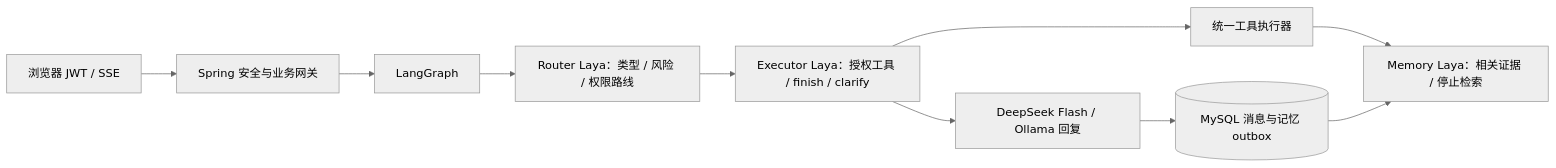
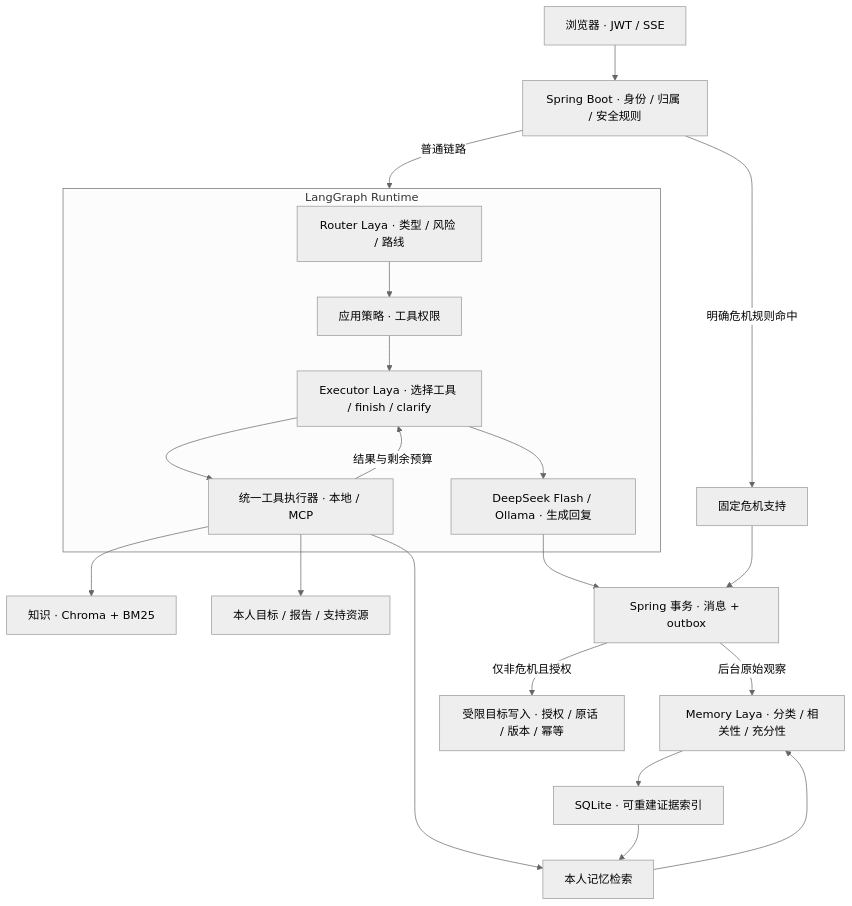
One commit to Vaniloo/psych-agent-engineering changed the diagram in README.md. Above: the diagram before and after it, drawn with Mermaid (neutral theme). The commit also changed other lines of this file and 3 other files, not shown here.

Commit message:
Rewrite README for the trained three-role Laya agent architecture

````diff
--- a/README.md
+++ b/README.md
@@ -5,12 +20,25 @@
 ```mermaid
-flowchart LR
-    U[浏览器 JWT / SSE] --> J[Spring 安全与业务网关]
-    J --> G[LangGraph]
-    G --> R[Router Laya：类型 / 风险 / 权限路线]
-    R --> E[Executor Laya：授权工具 / finish / clarify]
-    E --> T[统一工具执行器]
-    T --> M[Memory Laya：相关证据 / 停止检索]
-    E --> O[DeepSeek Flash / Ollama 回复]
-    O --> D[(MySQL 消息与记忆 outbox)]
-    D --> M
+flowchart TD
+    UI[浏览器 · JWT / SSE] --> JAVA[Spring Boot · 身份 / 归属 / 安全规则]
+    JAVA -->|普通链路| GRAPH
+    JAVA -->|明确危机规则命中| CRISIS[固定危机支持]
+
+    subgraph GRAPH[LangGraph Runtime]
+        ROUTER[Router Laya · 类型 / 风险 / 路线] --> POLICY[应用策略 · 工具权限]
+        POLICY --> EXECUTOR[Executor Laya · 选择工具 / finish / clarify]
+        EXECUTOR --> TOOLS[统一工具执行器 · 本地 / MCP]
+        TOOLS -->|结果与剩余预算| EXECUTOR
+        EXECUTOR --> RESPONSE[DeepSeek Flash / Ollama · 生成回复]
+    end
+
+    TOOLS --> RAG[知识 · Chroma + BM25]
+    TOOLS --> BUSINESS[本人目标 / 报告 / 支持资源]
+    TOOLS --> RECALL[本人记忆检索]
+    RECALL --> MEMORY[Memory Laya · 分类 / 相关性 / 充分性]
+    RESPONSE --> SAVE[Spring 事务 · 消息 + outbox]
+    CRISIS --> SAVE
+    SAVE -->|仅非危机且授权| WRITES[受限目标写入 · 授权 / 原话 / 版本 / 幂等]
+    SAVE -->|后台原始观察| MEMORY
+    MEMORY --> INDEX[SQLite · 可重建证据索引]
+    INDEX --> RECALL
 ```
````
